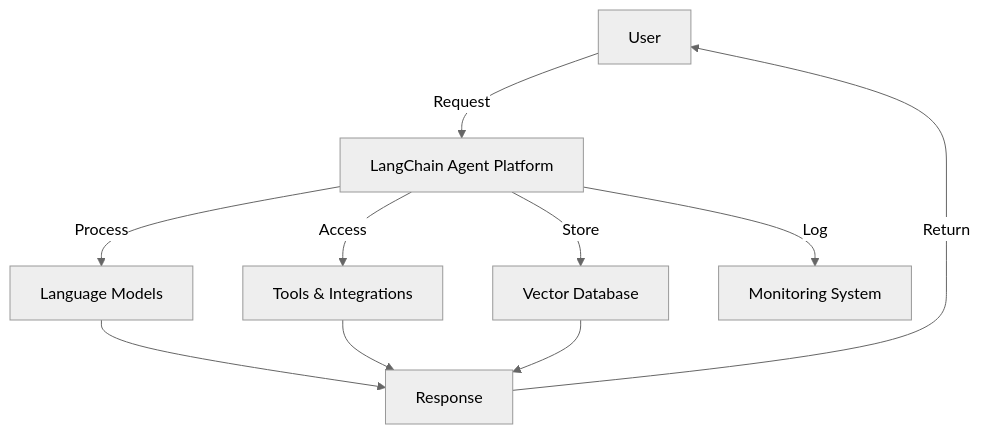
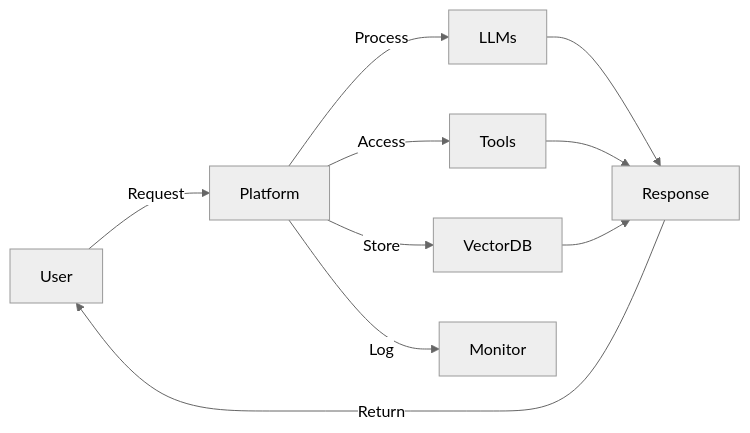
Before and after one commit to CRollins6020/CRollins6020: the first of 21 diagrams in User-Guides/LangChain Agent Platform Admin Guide.md, drawn with Mermaid (neutral theme).

Commit message:
Update LangChain Agent Platform Admin Guide.md

````diff
--- a/User-Guides/LangChain Agent Platform Admin Guide.md
+++ b/User-Guides/LangChain Agent Platform Admin Guide.md
@@ -15,13 +15,13 @@
 ```mermaid
-graph TD
-A[User] -->|Request| B[LangChain Agent Platform]
-B -->|Process| C[Language Models]
-B -->|Access| D[Tools & Integrations]
-B -->|Store| E[Vector Database]
-B -->|Log| F[Monitoring System]
-C --> G[Response]
-D --> G
-E --> G
-G -->|Return| A
+graph LR
+A[User]-->|Request|B[Platform]
+B-->|Process|C[LLMs]
+B-->|Access|D[Tools]
+B-->|Store|E[VectorDB]
+B-->|Log|F[Monitor]
+C-->G[Response]
+D-->G
+E-->G
+G-->|Return|A
     
   ```
````
